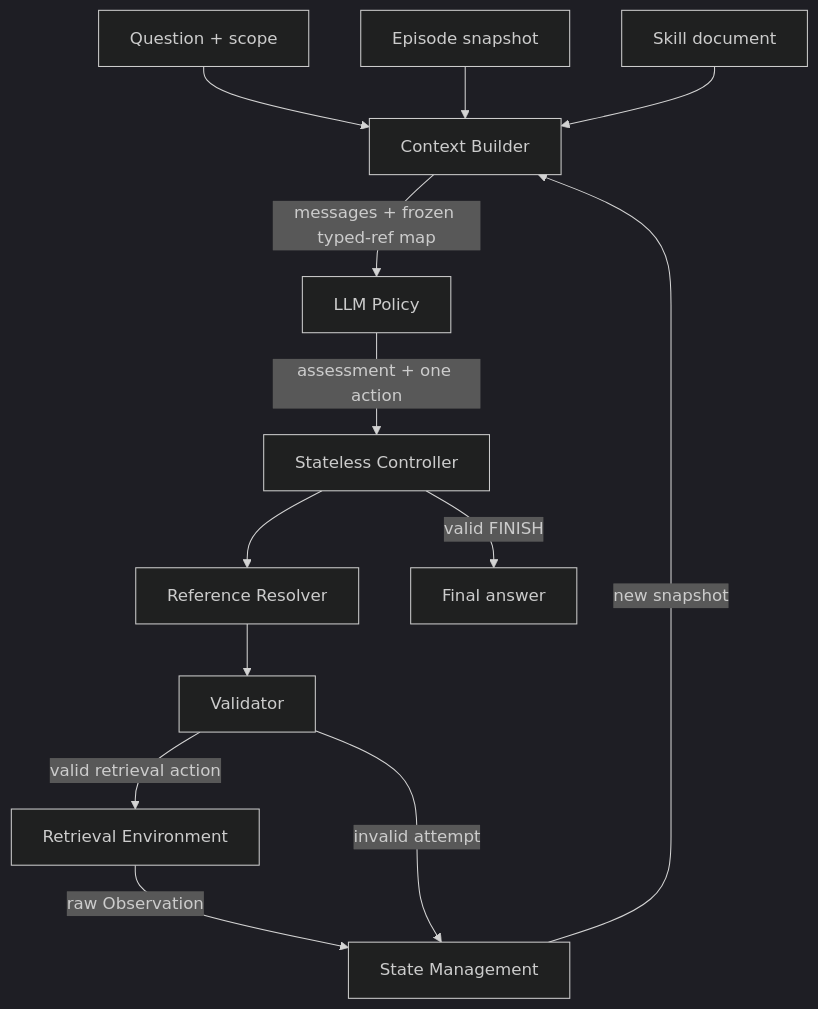
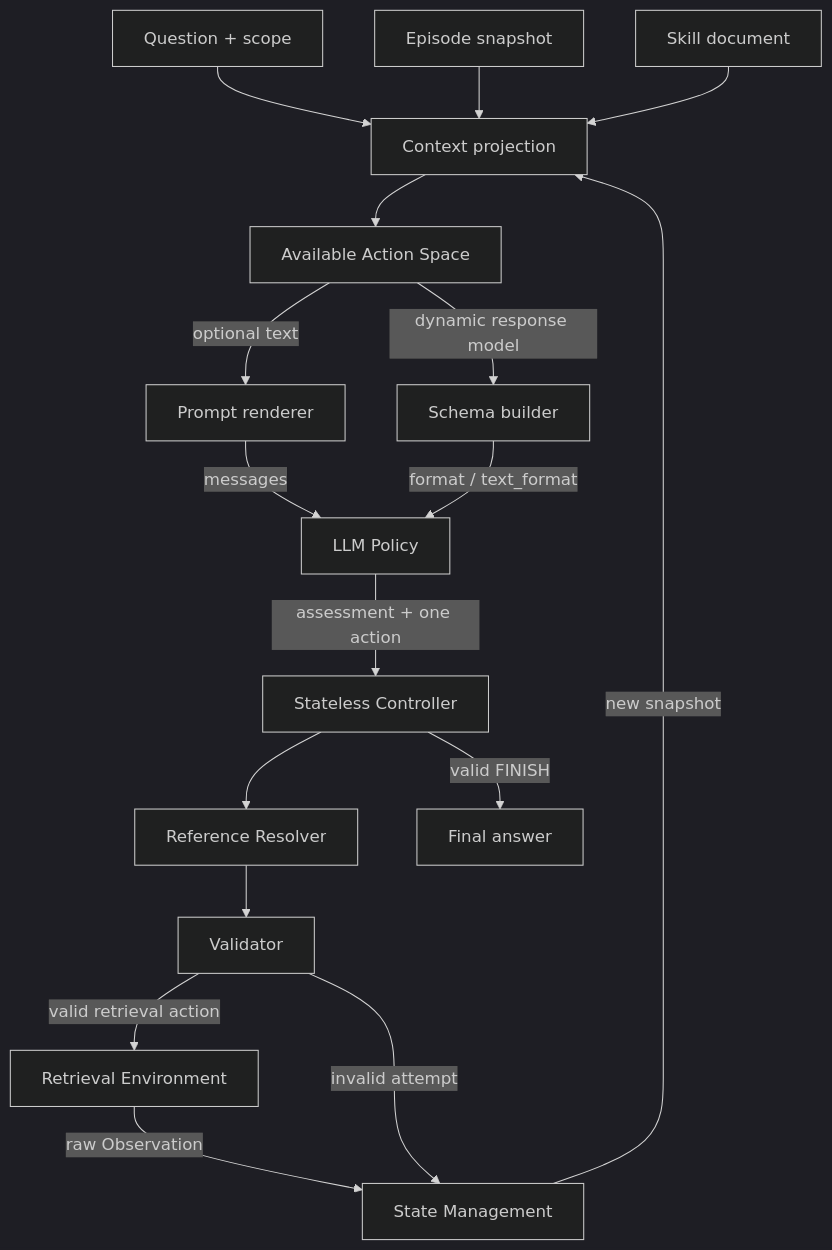
The first of 2 diagrams in docs/architecture.md (pw-Chen-km/Agentic-RAG), drawn with Mermaid (dark theme) before and after one commit. The commit also changed other lines of this file and 17 other files, not shown here.

Commit message:
Add state-conditioned action schemas

````diff
--- a/docs/architecture.md
+++ b/docs/architecture.md
@@ -5,15 +5,19 @@
 ```mermaid
 flowchart TD
-    Q["Question + scope"] --> CB["Context Builder"]
+    Q["Question + scope"] --> CB["Context projection"]
     S["Episode snapshot"] --> CB
     K["Skill document"] --> CB
-    CB -->|"messages + frozen typed-ref map"| P["LLM Policy"]
+    CB --> AS["Available Action Space"]
+    AS -->|"optional text"| PR["Prompt renderer"]
+    AS -->|"dynamic response model"| SB["Schema builder"]
+    PR -->|"messages"| P["LLM Policy"]
+    SB -->|"format / text_format"| P
     P -->|"assessment + one action"| C["Stateless Controller"]
     C --> R["Reference Resolver"]
     R --> V["Validator"]
     V -->|"valid retrieval action"| E["Retrieval Environment"]
     E -->|"raw Observation"| SM["State Management"]
     V -->|"invalid attempt"| SM
     SM -->|"new snapshot"| CB
     C -->|"valid FINISH"| A["Final answer"]
 ```
````
